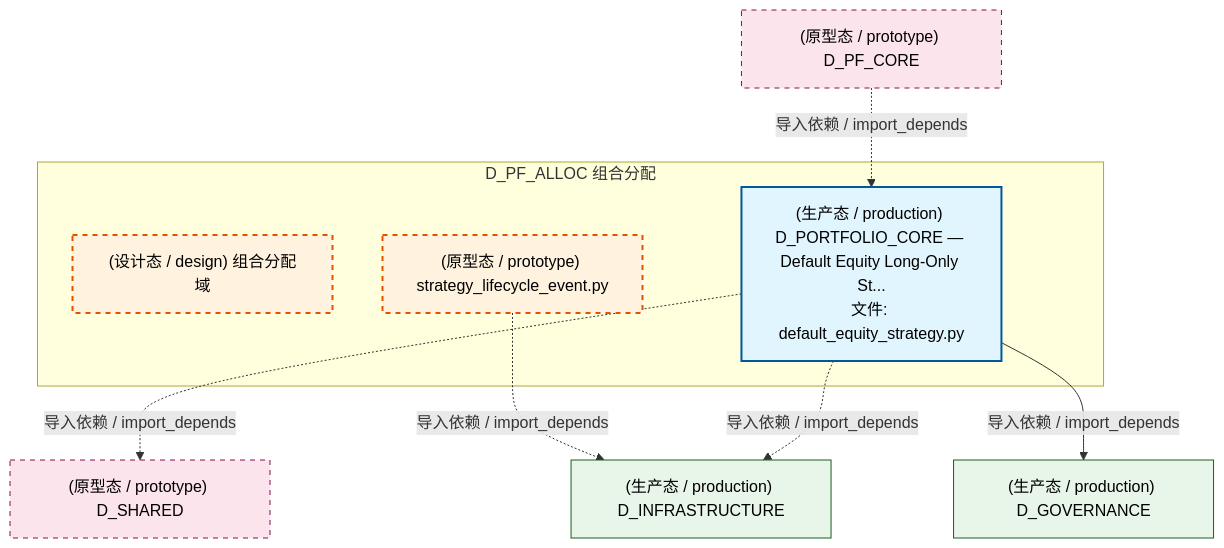
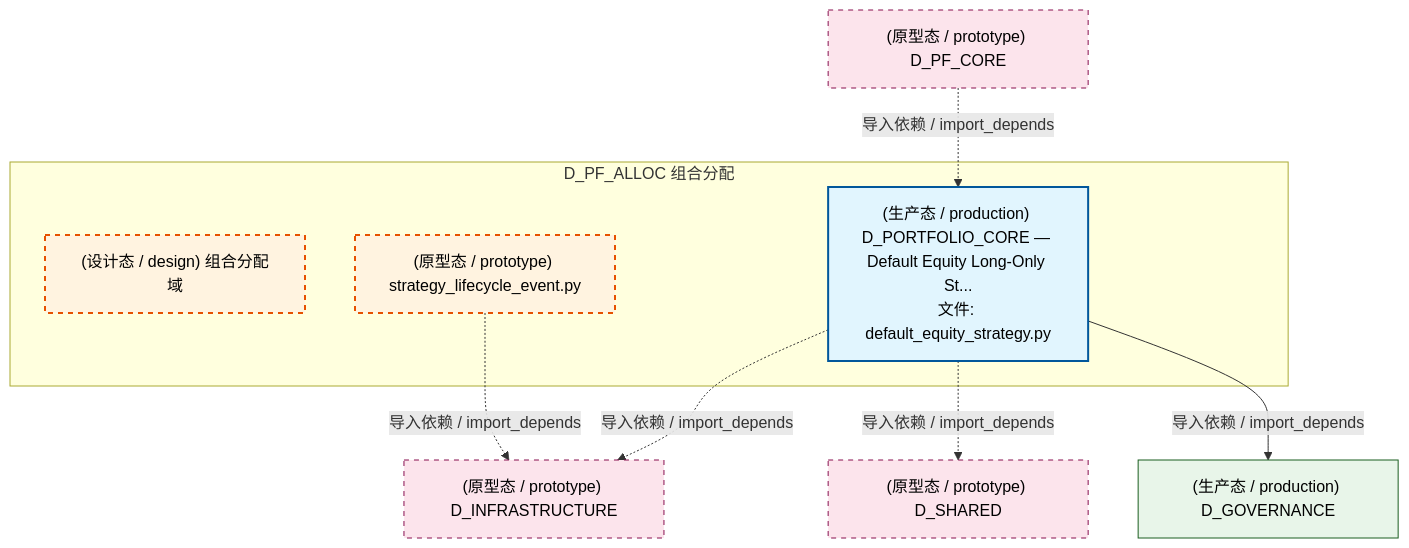
One commit to xuanFelixVan/ZephyrAlpha changed the first of 5 diagrams in docs/02_enterprise_architecture/02_domain_architecture_docs/51_d_pf_alloc.md. Above: the diagram before and after it, drawn with Mermaid. The commit also changed other lines of this file and 101 other files, not shown here.

````diff
--- a/docs/02_enterprise_architecture/02_domain_architecture_docs/51_d_pf_alloc.md
+++ b/docs/02_enterprise_architecture/02_domain_architecture_docs/51_d_pf_alloc.md
@@ -70,25 +70,25 @@
 ```mermaid
 graph TD
     subgraph D_PF_ALLOC["D_PF_ALLOC 组合分配"]
         src_zephyr_pf_alloc["(设计态 / design) 组合分配域"]
         src_zephyr_pf_alloc_strategy_lifecycle_event_py["(原型态 / prototype) strategy_lifecycle_event.py"]
         src_zephyr_pf_core_default_equity_strategy_py["(生产态 / production) D_PORTFOLIO_CORE — Default Equity Long-Only St...<br/>文件: default_equity_strategy.py"]
     end
+    D_INFRASTRUCTURE["(原型态 / prototype) D_INFRASTRUCTURE"]
+    src_zephyr_pf_core_default_equity_strategy_py -.->|导入依赖 / import_depends| D_INFRASTRUCTURE
     D_SHARED["(原型态 / prototype) D_SHARED"]
     src_zephyr_pf_core_default_equity_strategy_py -.->|导入依赖 / import_depends| D_SHARED
-    D_INFRASTRUCTURE["(生产态 / production) D_INFRASTRUCTURE"]
     src_zephyr_pf_alloc_strategy_lifecycle_event_py -.->|导入依赖 / import_depends| D_INFRASTRUCTURE
-    src_zephyr_pf_core_default_equity_strategy_py -.->|导入依赖 / import_depends| D_INFRASTRUCTURE
     D_GOVERNANCE["(生产态 / production) D_GOVERNANCE"]
     src_zephyr_pf_core_default_equity_strategy_py -->|导入依赖 / import_depends| D_GOVERNANCE
     D_PF_CORE["(原型态 / prototype) D_PF_CORE"]
     D_PF_CORE -.->|导入依赖 / import_depends| src_zephyr_pf_core_default_equity_strategy_py
     classDef production fill:#e1f5fe,stroke:#01579b,stroke-width:2px,color:#000
     classDef design fill:#fff3e0,stroke:#e65100,stroke-width:2px,color:#000,stroke-dasharray: 5 5
     classDef external_prod fill:#e8f5e9,stroke:#1b5e20,stroke-width:1px,color:#000
     classDef external_design fill:#fce4ec,stroke:#880e4f,stroke-width:1px,color:#000,stroke-dasharray: 5 5
     class src_zephyr_pf_core_default_equity_strategy_py production
     class src_zephyr_pf_alloc,src_zephyr_pf_alloc_strategy_lifecycle_event_py design
-    class D_INFRASTRUCTURE,D_GOVERNANCE external_prod
-    class D_SHARED,D_PF_CORE external_design
+    class D_GOVERNANCE external_prod
+    class D_INFRASTRUCTURE,D_SHARED,D_PF_CORE external_design
 ```
````
